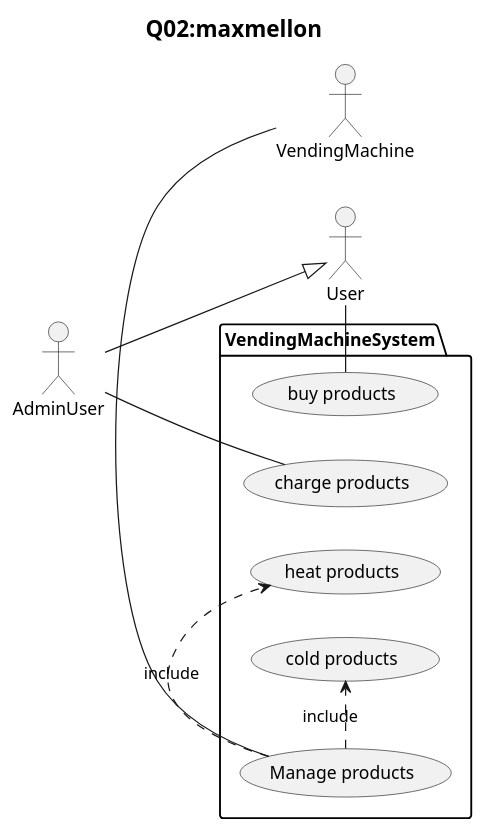
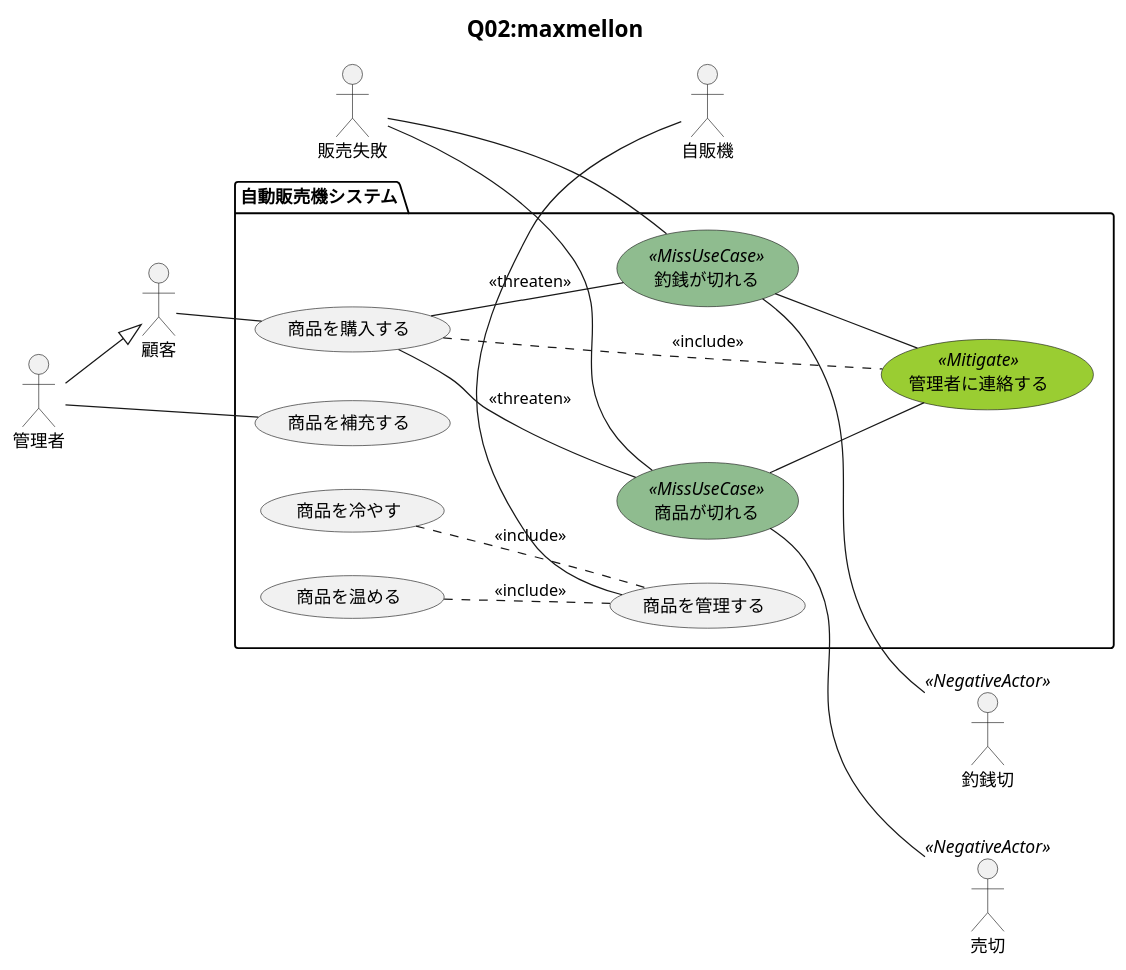
Before and after one commit to SLP-ETR-public/plantUML-recture: the diagram in maxmellon/Q02/Q02.pu, drawn with PlantUML. The commit also changed 1 other file, not shown here.

```diff
--- a/maxmellon/Q02/Q02.pu
+++ b/maxmellon/Q02/Q02.pu
@@ -1,25 +1,57 @@
 @startuml Q02.png
 title <size:18>Q02:maxmellon</size>
-actor User as user
-actor AdminUser as admin
-actor VendingMachine as vending
+actor 顧客 as user
+actor 管理者 as admin
+actor 自販機 as vending
+
+actor 販売失敗 as missSale
+
 user <|-up- admin
 
 left to right direction
 
-package "VendingMachineSystem" {
+skinparam usecase {
+  BackgroundColor<<MissUseCase>> DarkSeaGreen
+  BackgroundColor<<NegativeActor>> DarkSeaGreen
+  BackgroundColor<<Mitigate>> YellowGreen
+}
 
-  usecase (buy products)    as buyCase
-  usecase (charge products) as chargeCase
-  usecase (Manage products) as manageCase
-  usecase (heat products)   as heat
-  usecase (cold products)   as cold
+actor 釣銭切 as lostedChange <<NegativeActor>>
+actor 売切   as soledOut     <<NegativeActor>>
 
-  user    -ri- buyCase
-  admin   -ri- chargeCase
-  vending -le- manageCase
+package "自動販売機システム" {
 
-  manageCase .ri.> heat : include
-  manageCase .ri.> cold : include
+  usecase (商品を購入する)   as buyCase
+  usecase (商品を補充する)   as chargeCase
+  usecase (商品を管理する)   as manageCase
+  usecase (商品を温める)     as heat
+  usecase (商品を冷やす)     as cold
+
+  usecase (釣銭が切れる)     as lostChange  <<MissUseCase>>
+  usecase (商品が切れる)     as lostProduct <<MissUseCase>>
+
+  usecase (管理者に連絡する) as connectAdmin <<Mitigate>>
+
+  user    -- buyCase
+  admin   -- chargeCase
+
+  buyCase -- lostChange  : <<threaten>>
+  buyCase -- lostProduct : <<threaten>>
+
+  buyCase .. connectAdmin : <<include>>
+
+  lostChange  -up- missSale
+  lostProduct -up- missSale
+
+  lostChange  -down- lostedChange
+  lostProduct -down- soledOut
+
+  lostChange  -- connectAdmin <<mitigate>>
+  lostProduct -- connectAdmin <<mitigate>>
+
+  heat .. manageCase : <<include>>
+  cold .. manageCase : <<include>>
+
+  vending -right- manageCase
 }
 @enduml
```
